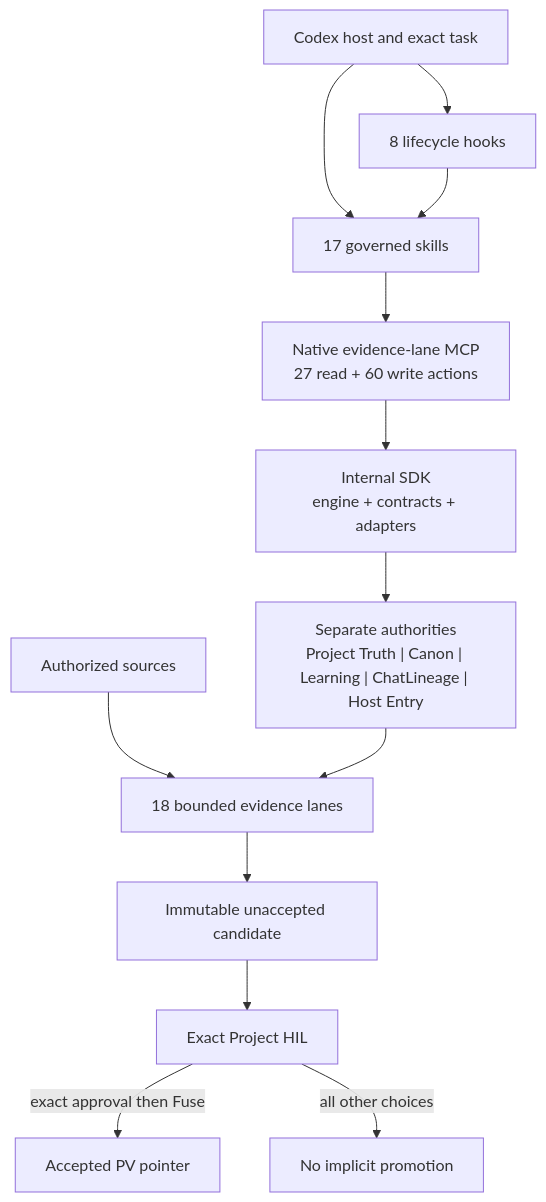
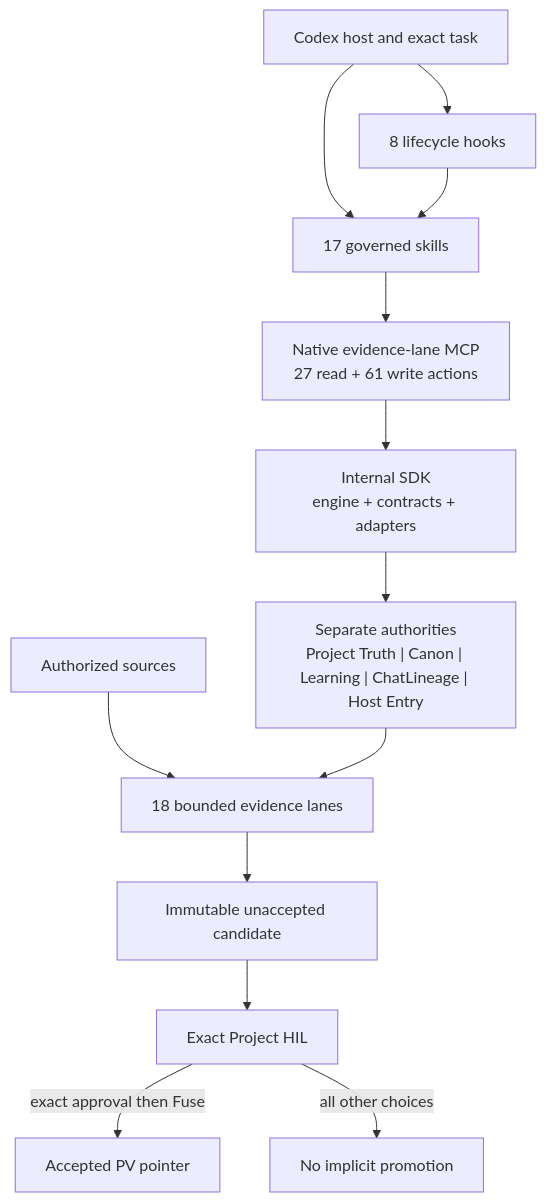
The diagram in README.md (rathee000001/evidence_lane_plugin), drawn with Mermaid before and after one commit. The commit also changed other lines of this file and 7386 other files, not shown here.

Commit message:
Checkpoint Evidence Lane v3.0 Task8 through R249

````diff
--- a/README.md
+++ b/README.md
@@ -185,15 +192,15 @@
 ```mermaid
 flowchart TD
     Host["Codex host and exact task"] --> Hooks["8 lifecycle hooks"]
     Host --> Skills["17 governed skills"]
     Hooks --> Skills
-    Skills --> MCP["Native evidence-lane MCP<br/>27 read + 60 write actions"]
+    Skills --> MCP["Native evidence-lane MCP<br/>27 read + 61 write actions"]
     MCP --> SDK["Internal SDK<br/>engine + contracts + adapters"]
     SDK --> Authorities["Separate authorities<br/>Project Truth | Canon | Learning | ChatLineage | Host Entry"]
     Sources["Authorized sources"] --> Lanes["18 bounded evidence lanes"]
     Authorities --> Lanes
     Lanes --> Candidate["Immutable unaccepted candidate"]
     Candidate --> HIL["Exact Project HIL"]
     HIL -->|"exact approval then Fuse"| Pointer["Accepted PV pointer"]
     HIL -->|"all other choices"| NoPromotion["No implicit promotion"]
 ```
````
